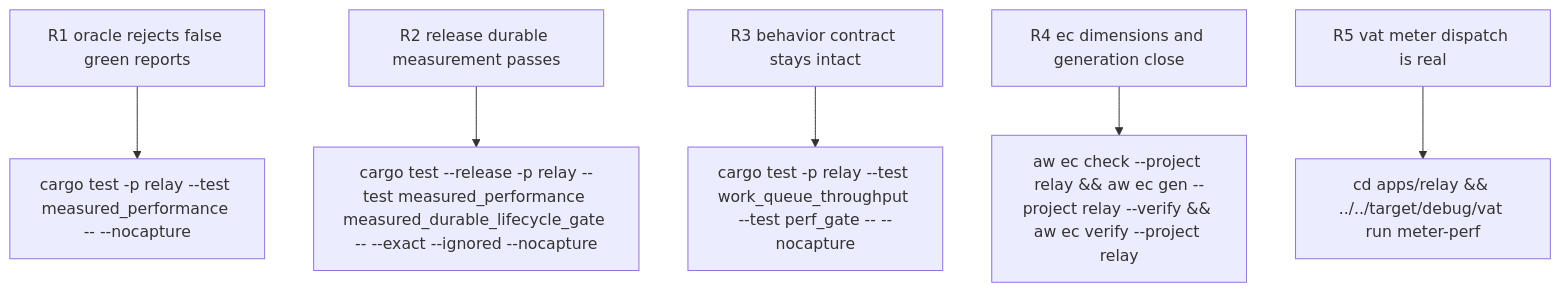
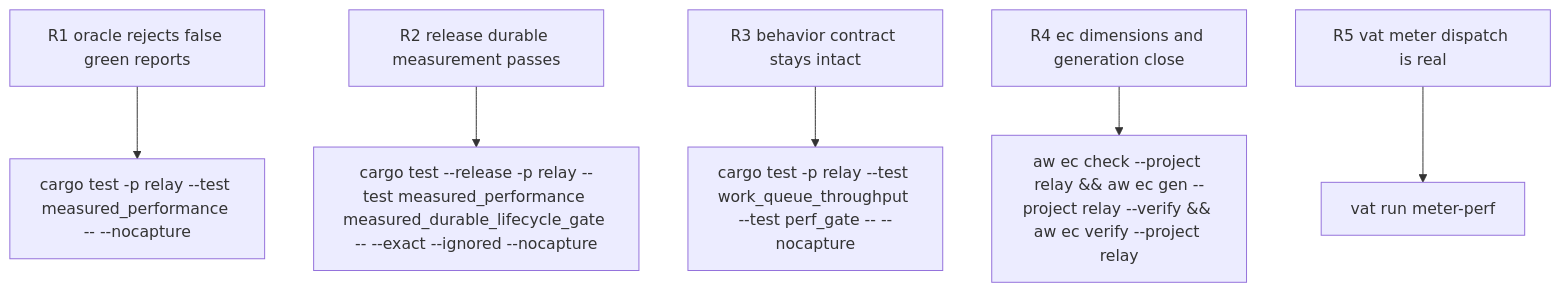
One commit to faberline/relay changed the second of 2 diagrams in tech-design/logic/replace-synthetic-performance-ec-with-a-measured-gate.md. Above: the diagram before and after it, drawn with Mermaid. The commit also changed other lines of this file and 91 other files, not shown here.

````diff
--- a/tech-design/logic/replace-synthetic-performance-ec-with-a-measured-gate.md
+++ b/tech-design/logic/replace-synthetic-performance-ec-with-a-measured-gate.md
@@ -105,42 +105,42 @@
 ```mermaid
 ---
 id: relay-measured-performance-contract-verification
 requirements:
   behavior_contract_stays_intact:
     id: R3
     text: "Existing work-queue cursor, batching, acknowledgement, exactly-once drain, and synthetic decision-model tests remain green."
     kind: regression
     risk: medium
     verify: cargo test -p relay --test work_queue_throughput --test perf_gate -- --nocapture
   ec_dimensions_and_generation_close:
     id: R4
     text: "AW accepts behavior, efficiency, and stability cases, independently reviews their specificity and false-green resistance, generates bindings, and verifies every case."
     kind: integration
     risk: high
     verify: aw ec check --project relay && aw ec gen --project relay --verify && aw ec verify --project relay
   oracle_rejects_false_green_reports:
     id: R1
     text: "The independent report validator rejects missing observations, zero samples, incomplete publish or acknowledgement counts, non-zero errors, throughput below either pinned floor, and p95 above the pinned ceiling."
     kind: negative
     risk: high
     verify: cargo test -p relay --test measured_performance -- --nocapture
   release_durable_measurement_passes:
     id: R2
     text: "The exact ignored release gate parses a child-produced report for 2000 fsync-always durable messages and passes only when all workload-specific observations satisfy the fixed envelope."
     kind: performance
     risk: high
     verify: cargo test --release -p relay --test measured_performance measured_durable_lifecycle_gate -- --exact --ignored --nocapture
   vat_meter_dispatch_is_real:
     id: R5
     text: "Relay's vat-isolated meter runner invokes the exact release measured gate and yields non-zero runtime evidence."
     kind: integration
     risk: high
-    verify: cd apps/relay && ../../target/debug/vat run meter-perf
+    verify: vat run meter-perf
 ---
 flowchart TD
     r1[R1 oracle rejects false green reports] --> cargo_test_p_relay_test_measured_performance_nocapture[cargo test -p relay --test measured_performance -- --nocapture]
     r2[R2 release durable measurement passes] --> cargo_test_release_p_relay_test_measured_performance_measured_durable_lifecycle_gate_exact_ignored_nocapture[cargo test --release -p relay --test measured_performance measured_durable_lifecycle_gate -- --exact --ignored --nocapture]
     r3[R3 behavior contract stays intact] --> cargo_test_p_relay_test_work_queue_throughput_test_perf_gate_nocapture[cargo test -p relay --test work_queue_throughput --test perf_gate -- --nocapture]
     r4[R4 ec dimensions and generation close] --> aw_ec_check_project_relay_aw_ec_gen_project_relay_verify_aw_ec_verify_project_relay[aw ec check --project relay && aw ec gen --project relay --verify && aw ec verify --project relay]
-    r5[R5 vat meter dispatch is real] --> cd_apps_relay_target_debug_vat_run_meter_perf[cd apps/relay && ../../target/debug/vat run meter-perf]
+    r5[R5 vat meter dispatch is real] --> cd_apps_relay_target_debug_vat_run_meter_perf[vat run meter-perf]
 ```
````
